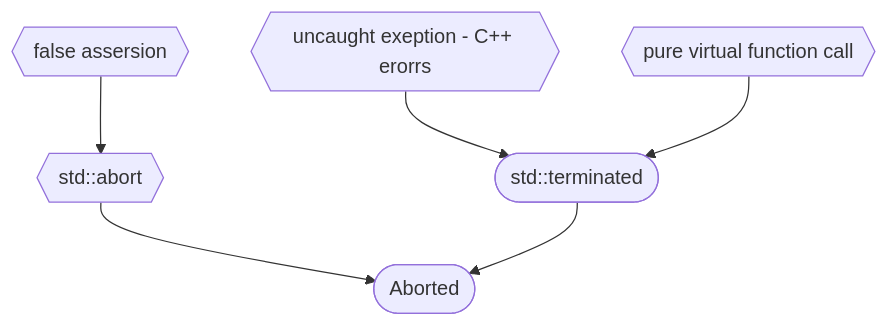
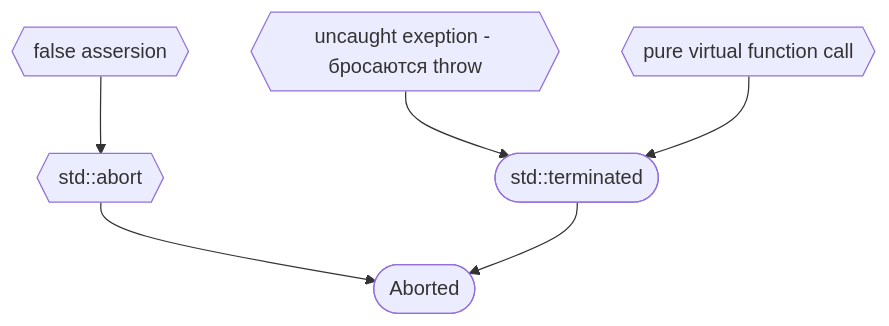
The third of 3 diagrams in С++/0 Основы/4 Exeptions.md (makstag/md), drawn with Mermaid before and after one commit. The commit also changed other lines of this file and 2 other files, not shown here.

````diff
--- a/С++/0 Основы/4 Exeptions.md
+++ b/С++/0 Основы/4 Exeptions.md
@@ -52,8 +54,8 @@
 ```mermaid
 graph TD;
 	node2{{std::abort}}-->node1([Aborted]);
 	node3{{std::terminated}}-->node1([Aborted]);
-	node4{{uncaught exeption - C++ erorrs}}-->node3([std::terminated]);
+	node4{{uncaught exeption - бросаются throw}}-->node3([std::terminated]);
 	node5{{pure virtual function call}}-->node3([std::terminated]);
 	node6{{false assersion}}-->node2{{std::abort}};
 ```
````
